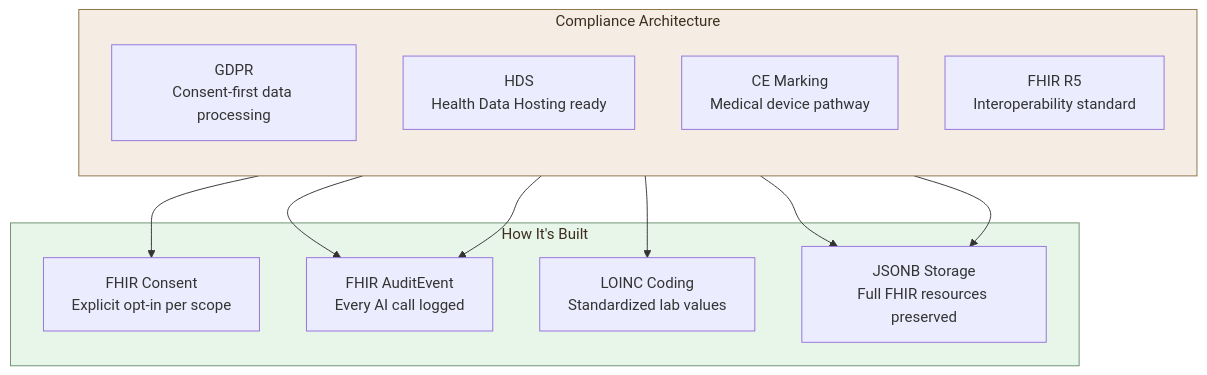
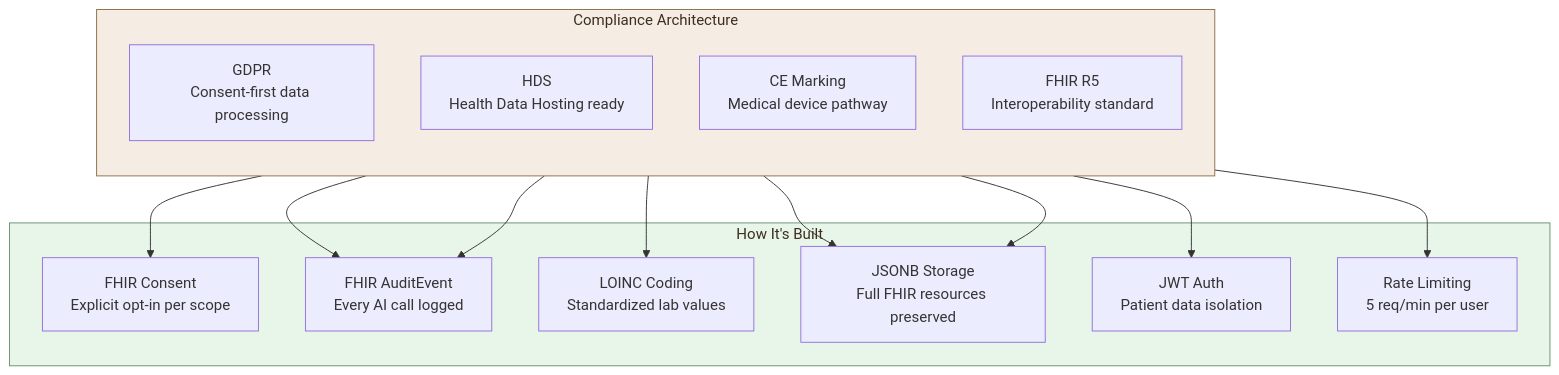
Before and after one commit to soneeee22000/entre-deux: the fifth of 5 diagrams in README.md, drawn with Mermaid. The commit also changed other lines of this file, not shown here.

Commit message:
docs: update README with voice journal, PDF export, auth, deploy, 207 tests

````diff
--- a/README.md
+++ b/README.md
@@ -363,27 +442,31 @@
 ```mermaid
 graph TB
     subgraph Compliance["Compliance Architecture"]
         direction TB
         GDPR["GDPR<br/>Consent-first data processing"]
         HDS["HDS<br/>Health Data Hosting ready"]
         CE["CE Marking<br/>Medical device pathway"]
         FHIR["FHIR R5<br/>Interoperability standard"]
     end
 
     subgraph Implementation["How It's Built"]
         C["FHIR Consent<br/>Explicit opt-in per scope"]
         A["FHIR AuditEvent<br/>Every AI call logged"]
         L["LOINC Coding<br/>Standardized lab values"]
         J["JSONB Storage<br/>Full FHIR resources preserved"]
+        JWT["JWT Auth<br/>Patient data isolation"]
+        RL["Rate Limiting<br/>5 req/min per user"]
     end
 
     GDPR --> C
     GDPR --> A
+    GDPR --> JWT
     HDS --> J
     CE --> A
+    CE --> RL
     FHIR --> L
     FHIR --> J
 
     style Compliance fill:#f5ede3,stroke:#8b6f47,color:#3d2e1f
     style Implementation fill:#e8f5e9,stroke:#6b8f71,color:#3d2e1f
 ```
````
